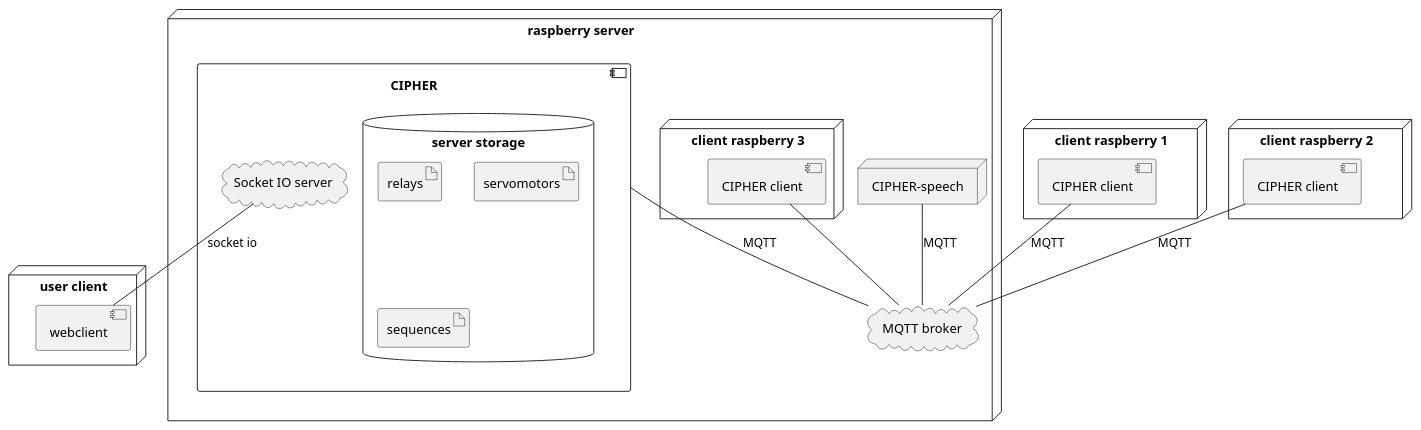
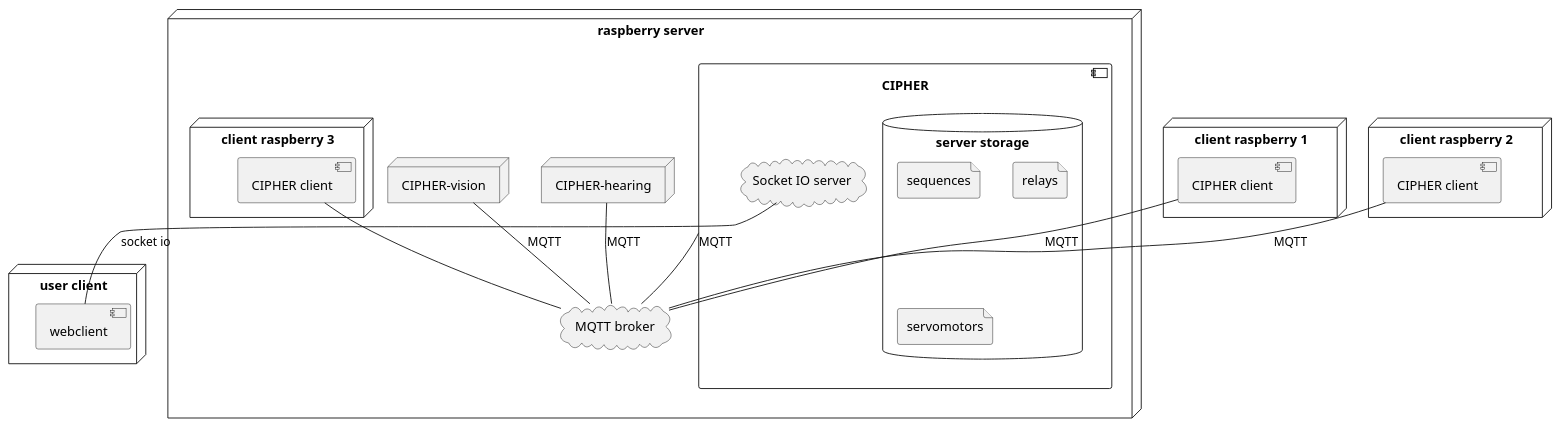
Before and after one commit to valorun/CIPHER: the diagram in docs/diagrams/src/deployment.pu, drawn with PlantUML. The commit also changed 6 other files, not shown here.

Commit message:
[settings] Fixed issue related to bad template name Readme edit Quick modif on doc diagram

```diff
--- a/docs/diagrams/src/deployment.pu
+++ b/docs/diagrams/src/deployment.pu
@@ -1,36 +1,38 @@
 @startuml deployment
 
-node "raspberry server" as raspi_server{
+node "raspberry server" as raspi_server {
     cloud "MQTT broker" as MQTT
     component CIPHER{
         cloud "Socket IO server" as SocketIO
-        database "server storage" as server{
-            artifact relays
-            artifact servomotors
-            artifact sequences
+        database "server storage" as server {
+            file sequences
+            file relays
+            file servomotors
         }
     }
-    node "client raspberry 3" as raspi_client_3{
+    node "client raspberry 3" as raspi_client_3 {
         component "CIPHER client" as CIPHER_client_3
         CIPHER_client_3 -- MQTT
     }
-    node "CIPHER-speech" as speech
-    speech -- MQTT : "MQTT"
+    node "CIPHER-hearing" as hearing
+    hearing -- MQTT : "MQTT"
+    node "CIPHER-vision" as vision
+    vision -- MQTT : "MQTT"
     CIPHER -- MQTT : "MQTT"
+}
 
-}
-node "client raspberry 1" as raspi_client_1{
+node "client raspberry 1" as raspi_client_1 {
     component "CIPHER client" as CIPHER_client_1
     CIPHER_client_1 -- MQTT : "MQTT"
 }
-node "client raspberry 2" as raspi_client_2{
+
+node "client raspberry 2" as raspi_client_2 {
     component "CIPHER client" as CIPHER_client_2
     CIPHER_client_2 -- MQTT : "MQTT"
 }
 
 node "user client" as user {
     component webclient
     SocketIO -- webclient : "socket io"
 }
-
 @enduml
```
